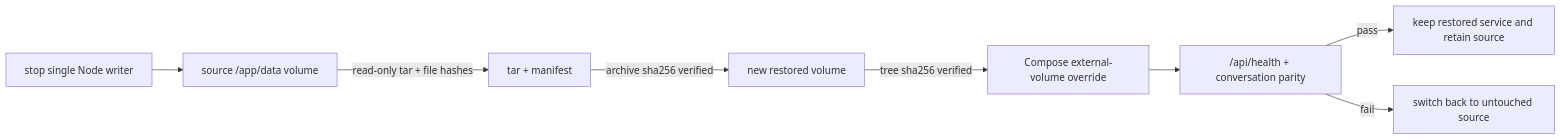
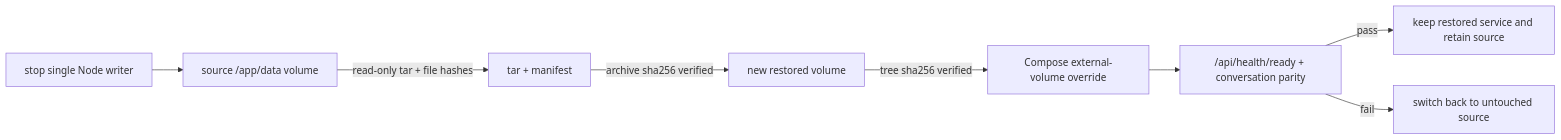
The fourth of 9 diagrams in docs/architecture.md (imingsmings/chatbot-dev), drawn with Mermaid before and after one commit. The commit also changed other lines of this file and 30 other files, not shown here.

````diff
--- a/docs/architecture.md
+++ b/docs/architecture.md
@@ -181,10 +182,10 @@
 ```mermaid
 flowchart LR
   Stop["stop single Node writer"] --> Source["source /app/data volume"]
   Source -->|"read-only tar + file hashes"| Backup["tar + manifest"]
   Backup -->|"archive sha256 verified"| NewVolume["new restored volume"]
   NewVolume -->|"tree sha256 verified"| Switch["Compose external-volume override"]
-  Switch --> Health["/api/health + conversation parity"]
+  Switch --> Health["/api/health/ready + conversation parity"]
   Health -->|"pass"| Keep["keep restored service and retain source"]
   Health -->|"fail"| Rollback["switch back to untouched source"]
 ```
````
